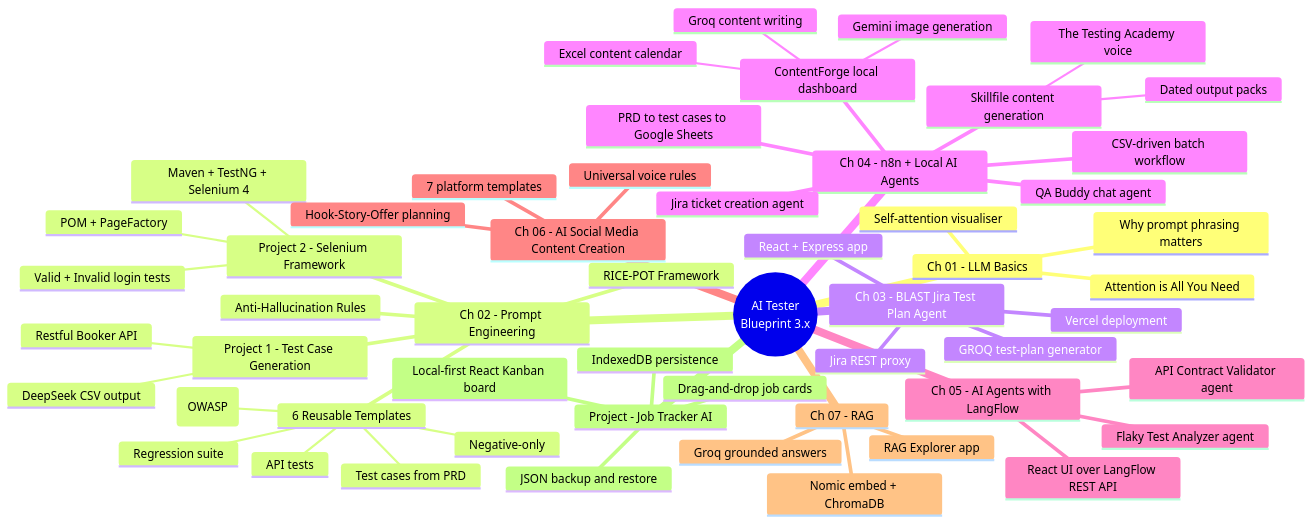
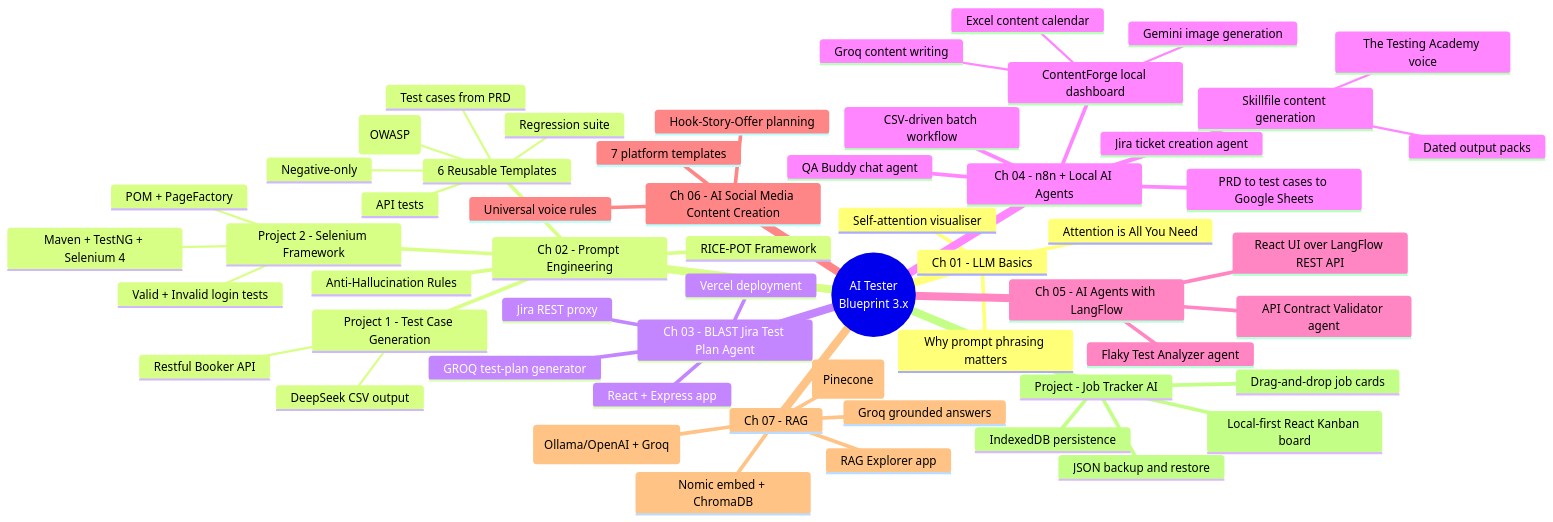
Before and after one commit to SathishQASelenium/AI3xBatch: the first of 4 diagrams in README.md, drawn with Mermaid. The commit also changed other lines of this file and 5 other files, not shown here.

First line of the commit message:
Add LangFlow RAG variant and document it in root README

````diff
--- a/README.md
+++ b/README.md
@@ -14,58 +14,60 @@
 ```mermaid
 mindmap
   root((AI Tester<br/>Blueprint 3.x))
     Ch 01 - LLM Basics
       Attention is All You Need
       Self-attention visualiser
       Why prompt phrasing matters
     Ch 02 - Prompt Engineering
       Anti-Hallucination Rules
       RICE-POT Framework
       Project 1 - Test Case Generation
         Restful Booker API
         DeepSeek CSV output
       Project 2 - Selenium Framework
         Maven + TestNG + Selenium 4
         POM + PageFactory
         Valid + Invalid login tests
       6 Reusable Templates
         Test cases from PRD
         API tests
         Negative-only
         Security (OWASP)
         Regression suite
     Ch 03 - BLAST Jira Test Plan Agent
       React + Express app
       Jira REST proxy
       GROQ test-plan generator
       Vercel deployment
     Ch 04 - n8n + Local AI Agents
       QA Buddy chat agent
       Jira ticket creation agent
       PRD to test cases to Google Sheets
       CSV-driven batch workflow
       ContentForge local dashboard
         Groq content writing
         Gemini image generation
         Excel content calendar
       Skillfile content generation
         The Testing Academy voice
         Dated output packs
     Ch 05 - AI Agents with LangFlow
       Flaky Test Analyzer agent
       API Contract Validator agent
       React UI over LangFlow REST API
     Ch 06 - AI Social Media Content Creation
       Hook-Story-Offer planning
       7 platform templates
       Universal voice rules
     Ch 07 - RAG
       RAG Explorer app
       Nomic embed + ChromaDB
       Groq grounded answers
+      n8n no-code variant (Pinecone)
+      LangFlow no-code variant (Ollama/OpenAI + Groq)
     Project - Job Tracker AI
       Local-first React Kanban board
       IndexedDB persistence
       Drag-and-drop job cards
       JSON backup and restore
 ```
````
